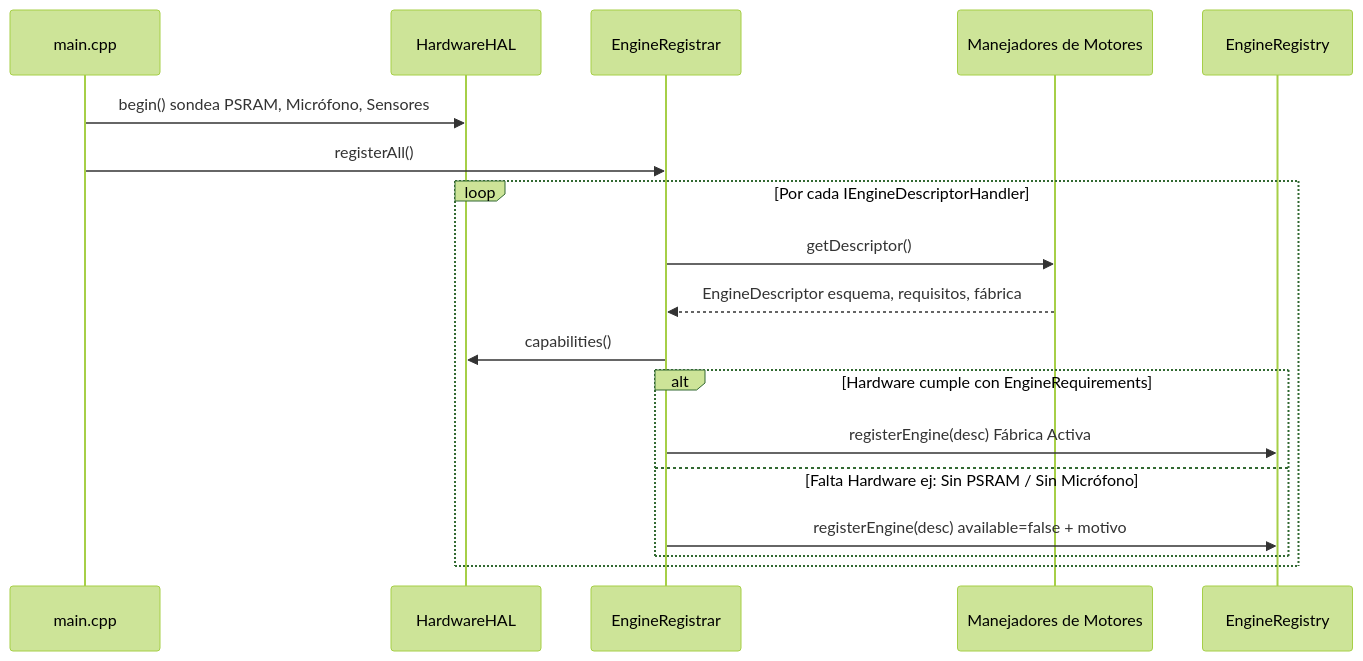
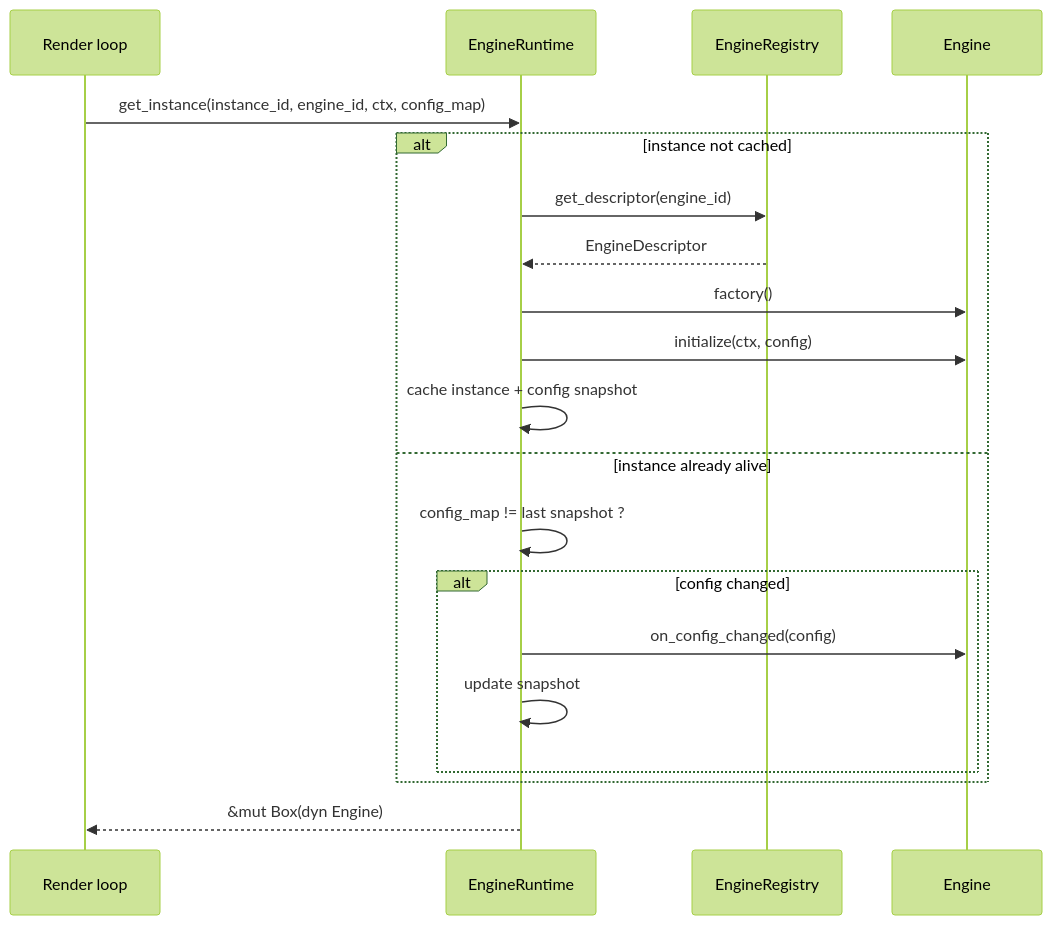
One commit to red77290/ArcadeMatrix changed the fourth of 15 diagrams in docs/ARCHITECTURE_ES.md. Above: the diagram before and after it, drawn with Mermaid (forest theme). The commit also changed other lines of this file and 16 other files, not shown here.

````diff
--- a/docs/ARCHITECTURE_ES.md
+++ b/docs/ARCHITECTURE_ES.md
@@ -192,21 +248,23 @@
 ```mermaid
 sequenceDiagram
-    participant Boot as main.cpp
-    participant HAL as HardwareHAL
-    participant Reg as EngineRegistrar
-    participant Handlers as Manejadores de Motores
-    participant Registry as EngineRegistry
+    participant RLoop as Render loop
+    participant RT as EngineRuntime
+    participant Reg as EngineRegistry
+    participant Eng as Engine
 
-    Boot->>HAL: begin() sondea PSRAM, Micrófono, Sensores
-    Boot->>Reg: registerAll()
-    loop Por cada IEngineDescriptorHandler
-        Reg->>Handlers: getDescriptor()
-        Handlers-->>Reg: EngineDescriptor esquema, requisitos, fábrica
-        Reg->>HAL: capabilities()
-        alt Hardware cumple con EngineRequirements
-            Reg->>Registry: registerEngine(desc) Fábrica Activa
-        else Falta Hardware ej: Sin PSRAM / Sin Micrófono
-            Reg->>Registry: registerEngine(desc) available=false + motivo
+    RLoop->>RT: get_instance(instance_id, engine_id, ctx, config_map)
+    alt instance not cached
+        RT->>Reg: get_descriptor(engine_id)
+        Reg-->>RT: EngineDescriptor
+        RT->>Eng: factory()
+        RT->>Eng: initialize(ctx, config)
+        RT->>RT: cache instance + config snapshot
+    else instance already alive
+        RT->>RT: config_map != last snapshot ?
+        alt config changed
+            RT->>Eng: on_config_changed(config)
+            RT->>RT: update snapshot
         end
     end
+    RT-->>RLoop: &mut Box(dyn Engine)
 ```
````
